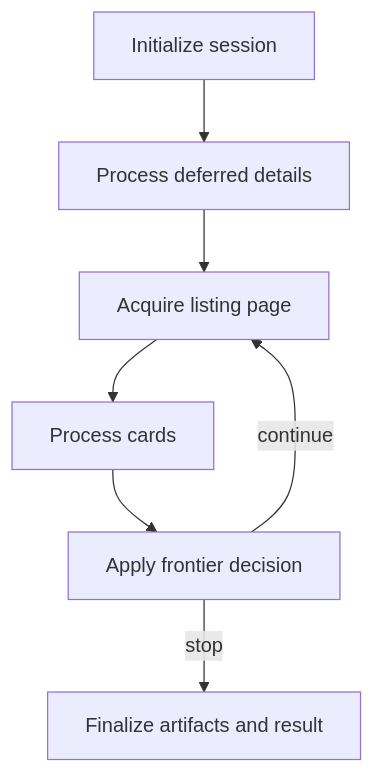
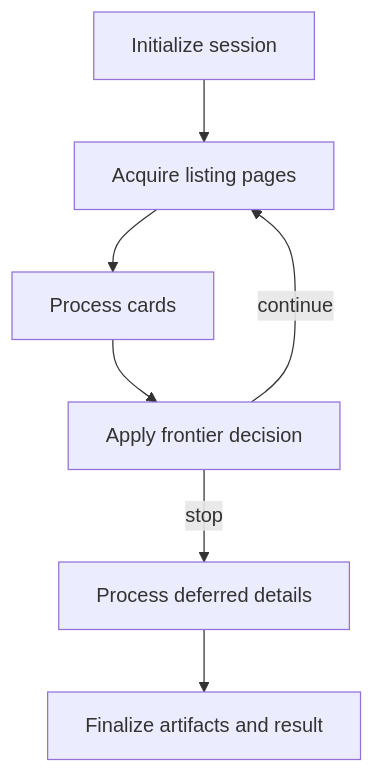
Before and after one commit to HauCoder2005/roombeacon-system: the second of 5 diagrams in docs/architecture/CURRENT_ARCHITECTURE.md, drawn with Mermaid. The commit also changed other lines of this file and 53 other files, not shown here.

````diff
--- a/docs/architecture/CURRENT_ARCHITECTURE.md
+++ b/docs/architecture/CURRENT_ARCHITECTURE.md
@@ -31,9 +31,9 @@
 ```mermaid
 flowchart TD
-    I[Initialize session] --> D[Process deferred details]
-    D --> P[Acquire listing page]
+    I[Initialize session] --> P[Acquire listing pages]
     P --> C[Process cards]
     C --> F[Apply frontier decision]
     F -->|continue| P
-    F -->|stop| Z[Finalize artifacts and result]
+    F -->|stop| D[Process deferred details]
+    D --> Z[Finalize artifacts and result]
 ```
````
